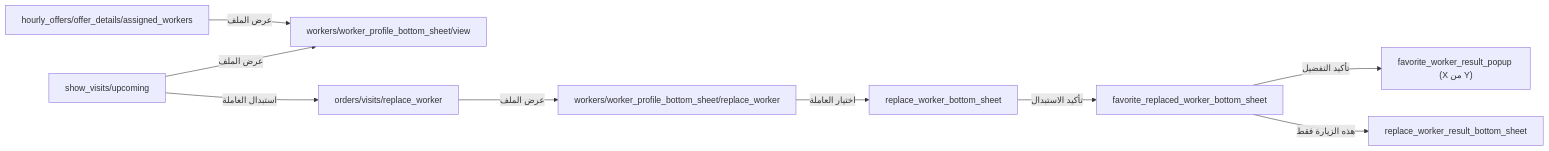
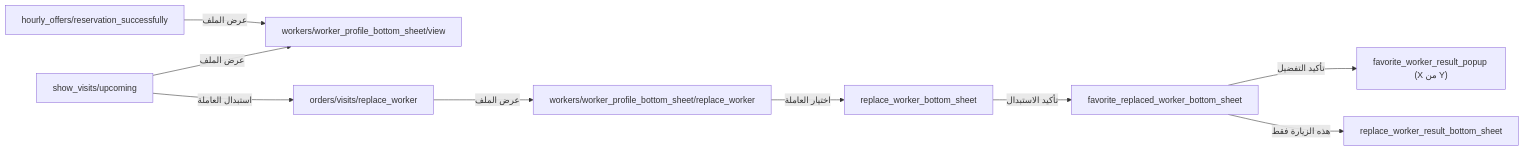
Before and after one commit to mmsanad7/belkhedma: the diagram in project/decisions/0012-hourly-workers.md, drawn with Mermaid. The commit also changed 10 other files, not shown here.

Commit message:
Hide card form in payment_methods; move assigned workers to hourly reservation confirmation via template slot

````diff
--- a/project/decisions/0012-hourly-workers.md
+++ b/project/decisions/0012-hourly-workers.md
@@ -20,11 +20,11 @@
 ```mermaid
 flowchart LR
-    OD["hourly_offers/offer_details/assigned_workers"] -->|"عرض الملف"| PV["workers/worker_profile_bottom_sheet/view"]
+    OD["hourly_offers/reservation_successfully"] -->|"عرض الملف"| PV["workers/worker_profile_bottom_sheet/view"]
     U["show_visits/upcoming"] -->|"استبدال العاملة"| R["orders/visits/replace_worker"]
     U -->|"عرض الملف"| PV
     R -->|"عرض الملف"| PR["workers/worker_profile_bottom_sheet/replace_worker"]
     PR -->|"اختيار العاملة"| RP["replace_worker_bottom_sheet"]
     RP -->|"تأكيد الاستبدال"| FP["favorite_replaced_worker_bottom_sheet"]
     FP -->|"تأكيد التفضيل"| FR["favorite_worker_result_popup (X من Y)"]
     FP -->|"هذه الزيارة فقط"| RR["replace_worker_result_bottom_sheet"]
 ```
````
